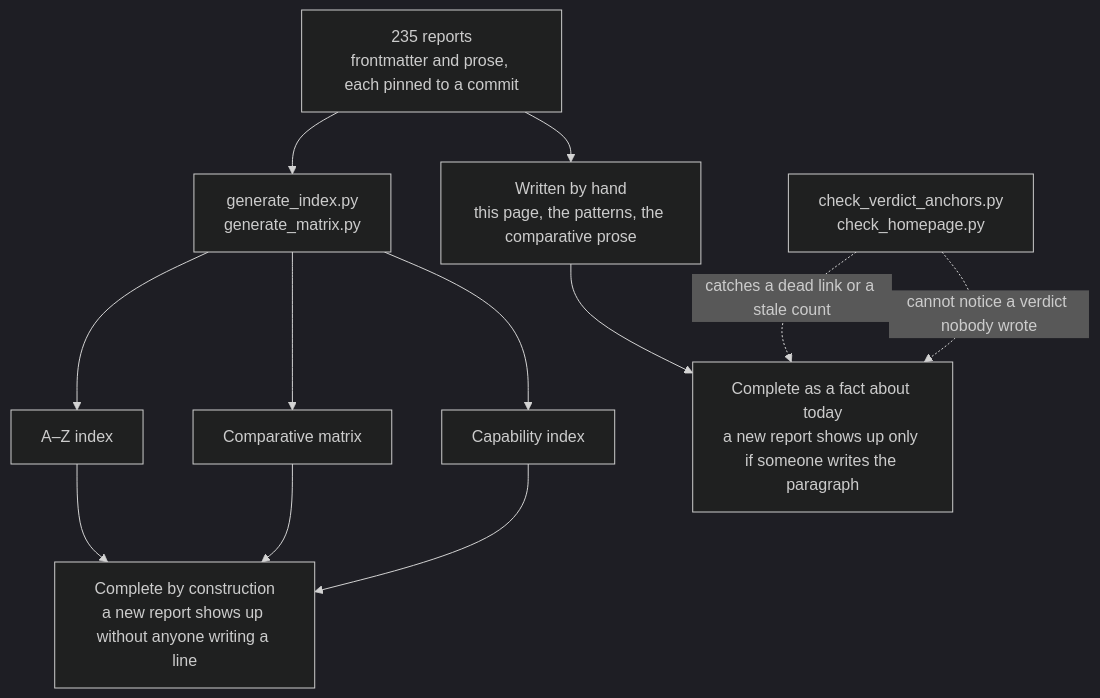
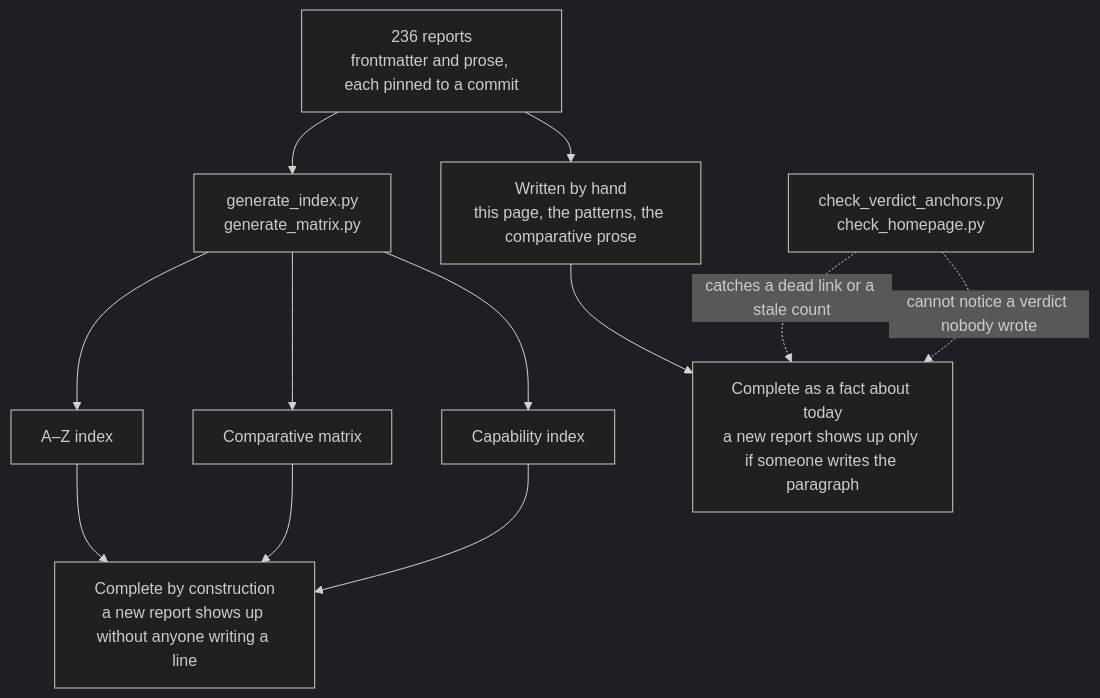
One commit to neoneye/agent-memory-atlas changed the diagram in content/verdicts.md. Above: the diagram before and after it, drawn with Mermaid (dark theme). The commit also changed other lines of this file and 19 other files, not shown here.

````diff
--- a/content/verdicts.md
+++ b/content/verdicts.md
@@ -40,15 +40,15 @@
 ```mermaid
 flowchart TD
-    R["235 reports<br/>frontmatter and prose, each pinned to a commit"]
+    R["236 reports<br/>frontmatter and prose, each pinned to a commit"]
     R --> GEN["generate_index.py<br/>generate_matrix.py"]
     R --> HAND["Written by hand<br/>this page, the patterns, the comparative prose"]
     GEN --> AZ["A–Z index"]
     GEN --> MX["Comparative matrix"]
     GEN --> CI["Capability index"]
     AZ --> CONST["Complete by construction<br/>a new report shows up without anyone writing a line"]
     MX --> CONST
     CI --> CONST
     HAND --> TODAY["Complete as a fact about today<br/>a new report shows up only if someone writes the paragraph"]
     CHK["check_verdict_anchors.py<br/>check_homepage.py"] -.->|"catches a dead link or a stale count"| TODAY
     CHK -.->|"cannot notice a verdict nobody wrote"| TODAY
 ```
````
